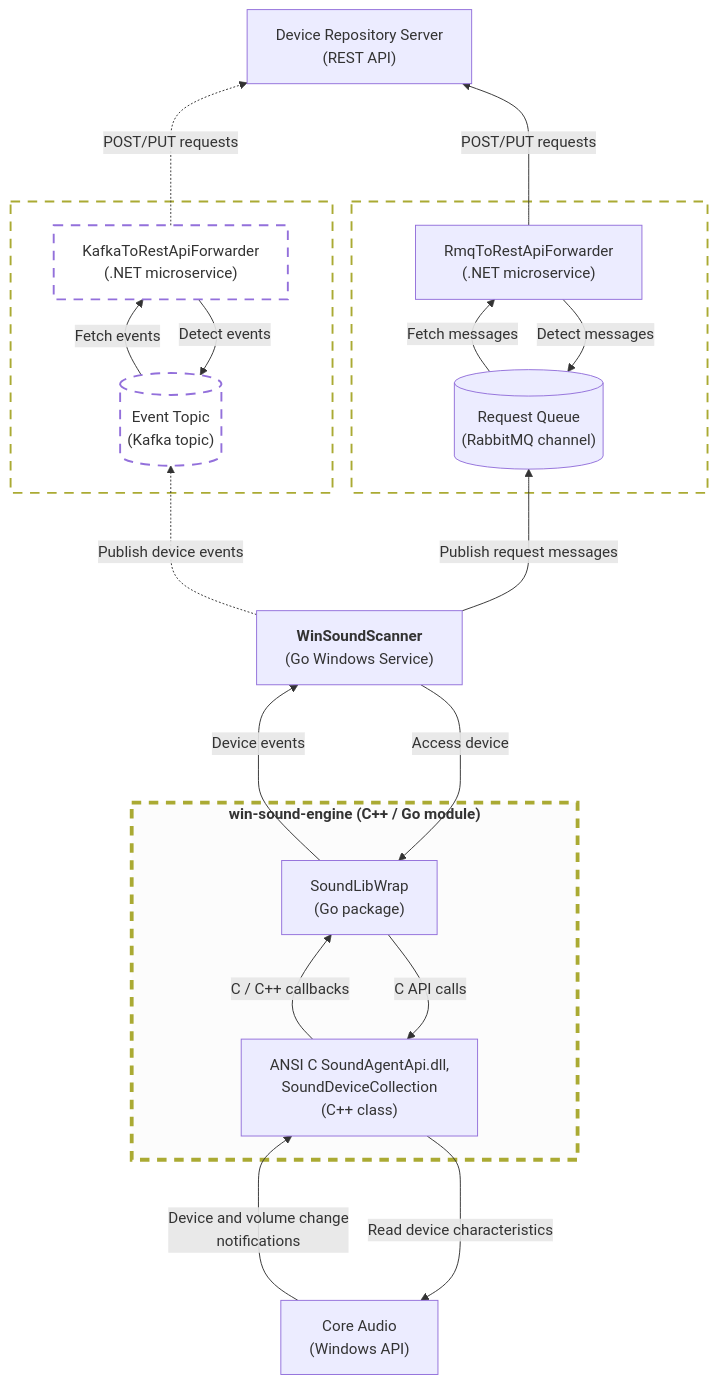
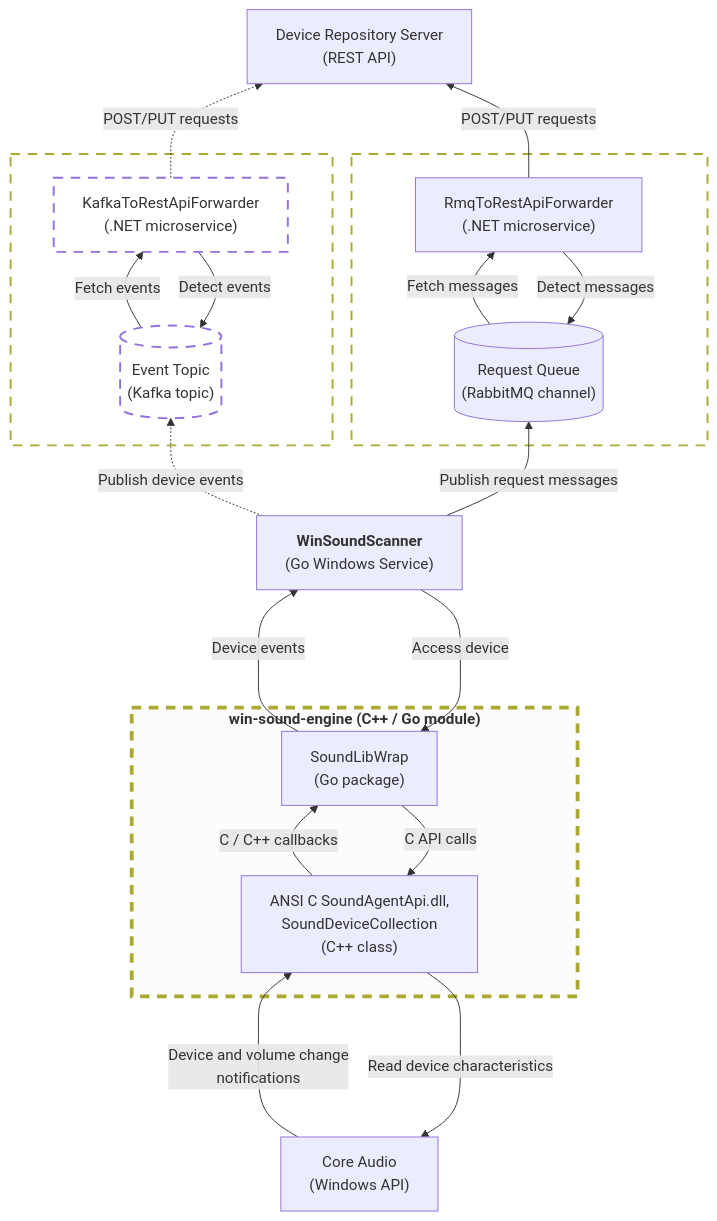
One commit to collect-sound-devices/sound-win-scanner changed the diagram in README.md. Above: the diagram before and after it, drawn with Mermaid. The commit also changed other lines of this file, not shown here.

Commit message:
diagram corrected / improved

````diff
--- a/README.md
+++ b/README.md
@@ -18,56 +16,79 @@
 ```mermaid
 flowchart BT
 
 classDef dottedBox fill:transparent, fill-opacity:0.55, stroke-dasharray:10 8, stroke-width:2px;
 classDef stressedBox fill:#f0f0f0, fill-opacity:0.2, stroke-dasharray:10 8, stroke-width:4px;
 classDef invisibleNode fill:transparent, stroke:transparent;
 
-coreAudioApi["Core Audio<br>(Windows API)"]
+coreAudioApi["Core Audio
+(Windows API)"]
 
 subgraph scannerBackend["<b>win-sound-engine (C++ / Go module)</b>"]
-    invisible3["<br><br><br><br><br>"]
+    invisible3["
+    
+    
+    
+    
+    "]
     class invisible3 invisibleNode
-    goCgoWrapper["SoundLibWrap<br>(Go package)"]
-    soundAgentApiDll["ANSI C SoundAgentApi.dll,<br>SoundDeviceCollection<br>(C++ class)"]
-    invisible4["<br><br><br><br><br>"]
+    goCgoWrapper["SoundLibWrap
+    (Go package)"]
+    soundAgentApiDll["ANSI C SoundAgentApi.dll,
+    SoundDeviceCollection
+    (C++ class)"]
+    invisible4["
+    
+    
+    
+    
+    "]
     class invisible4 invisibleNode
 end
 class scannerBackend stressedBox
 
-coreAudioApi --->|Device and volume change<br>notifications| soundAgentApiDll
+coreAudioApi --->|Device and volume change
+notifications| soundAgentApiDll
 soundAgentApiDll ---> |Read device characteristics| coreAudioApi
 
-winSoundScannerService["<b>WinSoundScanner</b><br>(Go Windows Service)"]
+winSoundScannerService["<b>WinSoundScanner</b>
+(Go Windows Service)"]
 
-subgraph eventTopicKafkaMicroservice["<br>"]
-    eventTopic[("Event Topic<br>(Kafka topic)")]
+subgraph eventTopicKafkaMicroservice["
+"]
+    eventTopic[("Event Topic
+    (Kafka topic)")]
     class eventTopic dottedBox
-    kafkaRestForwarder["KafkaToRestApiForwarder<br>(.NET microservice)"]
+    kafkaRestForwarder["KafkaToRestApiForwarder
+    (.NET microservice)"]
     class kafkaRestForwarder dottedBox
 end
 class eventTopicKafkaMicroservice dottedBox
     
-subgraph requestQueueRabbitMqMicroservice["<br>"]
-    requestQueue[("Request Queue<br>(RabbitMQ channel)")]
-    rabbitMqRestForwarder["RmqToRestApiForwarder<br>(.NET microservice)"]
+subgraph requestQueueRabbitMqMicroservice["
+"]
+    requestQueue[("Request Queue
+    (RabbitMQ channel)")]
+    rabbitMqRestForwarder["RmqToRestApiForwarder
+    (.NET microservice)"]
 end
 class requestQueueRabbitMqMicroservice dottedBox
 
-deviceRepositoryApi["Device Repository Server<br>(REST API)"]
+deviceRepositoryApi["Device Repository Server
+(REST API)"]
 
 winSoundScannerService ---> |Access device| goCgoWrapper
 goCgoWrapper --->|Device events| winSoundScannerService
 
 goCgoWrapper --> |C API calls| soundAgentApiDll
 soundAgentApiDll -->|C / C++ callbacks| goCgoWrapper
 
-winSoundScannerService -..-> |Publish device events| eventTopic
-winSoundScannerService --->|Publish request messages| requestQueue
+winSoundScannerService -.-> |Publish device events| eventTopic
+winSoundScannerService -->|Publish request messages| requestQueue
 
 eventTopic -->|Fetch events| kafkaRestForwarder
 kafkaRestForwarder --> |Detect events| eventTopic
-kafkaRestForwarder -..->|POST/PUT requests| deviceRepositoryApi
+kafkaRestForwarder -.->|POST/PUT requests| deviceRepositoryApi
 requestQueue -->|Fetch messages| rabbitMqRestForwarder
 rabbitMqRestForwarder --> |Detect messages| requestQueue
-rabbitMqRestForwarder --->|POST/PUT requests| deviceRepositoryApi
+rabbitMqRestForwarder -->|POST/PUT requests| deviceRepositoryApi
 ```
````
